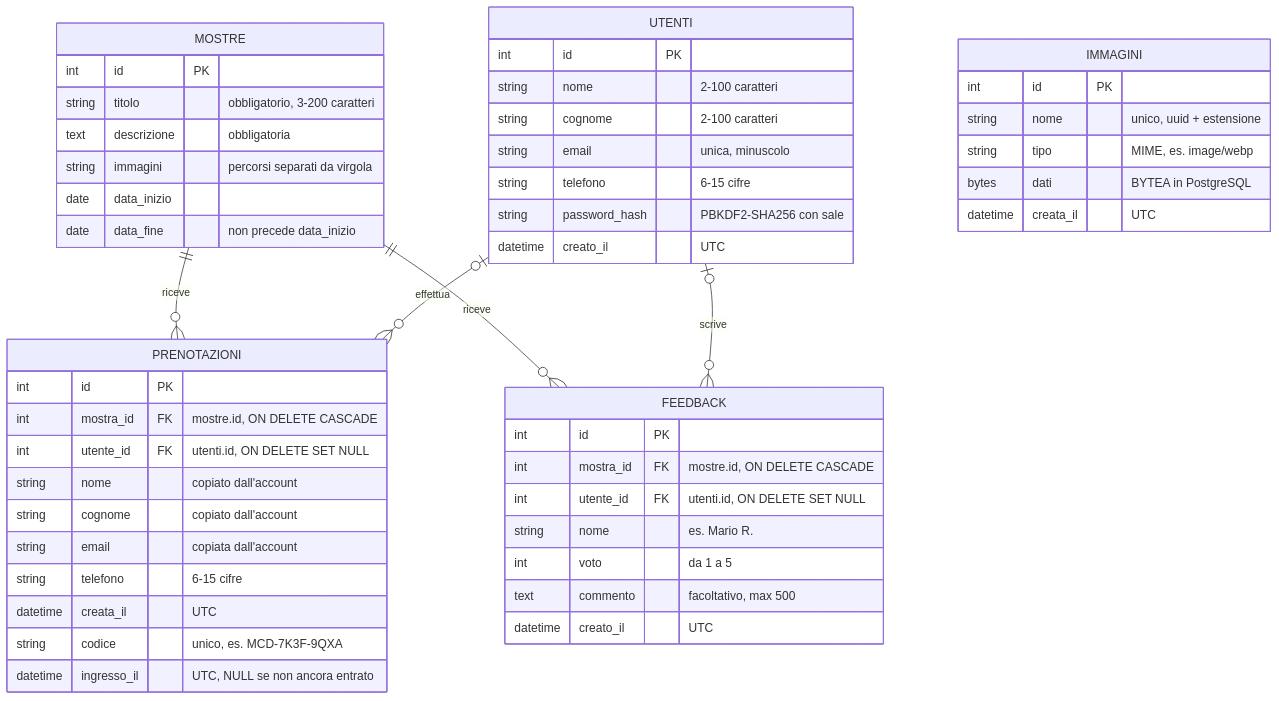
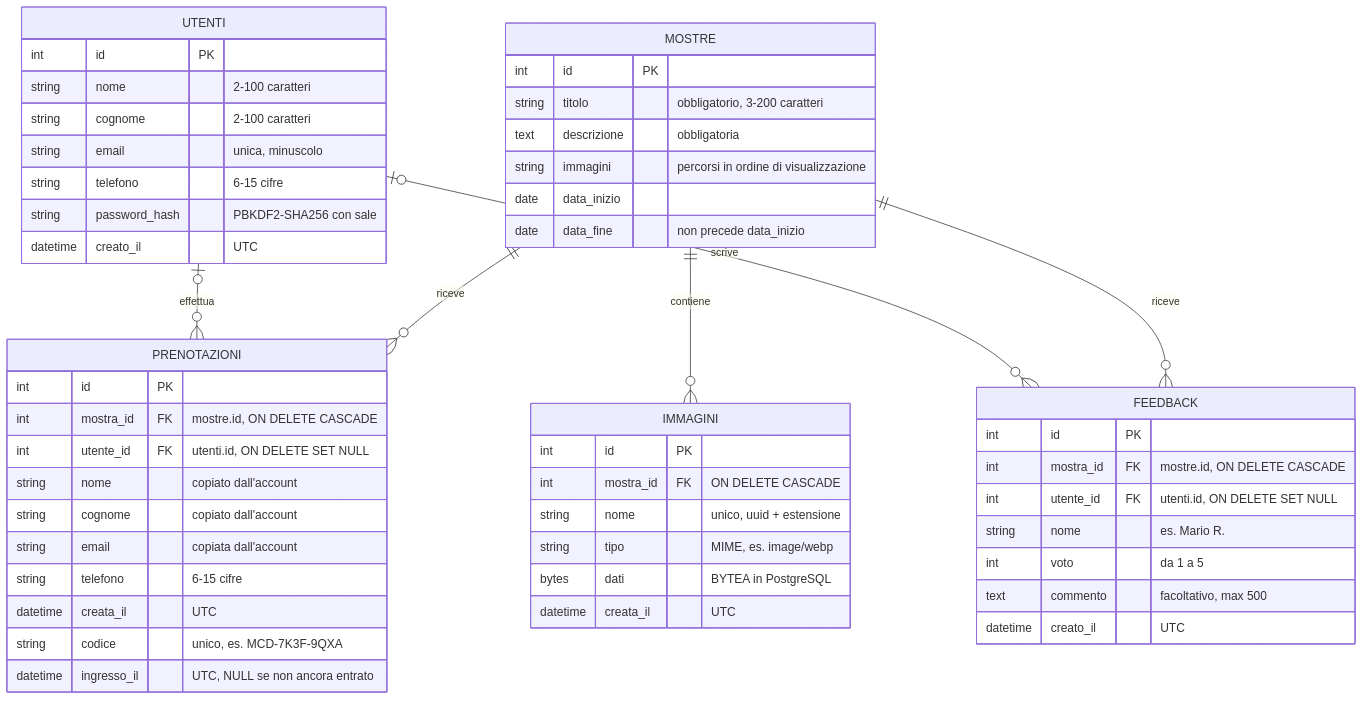
The second of 5 diagrams in docs/guida/architettura.md (reverserob/museo-digitale-pw), drawn with Mermaid before and after one commit. The commit also changed 9 other files, not shown here.

````diff
--- a/docs/guida/architettura.md
+++ b/docs/guida/architettura.md
@@ -102,55 +102,57 @@
 ```mermaid
 erDiagram
     MOSTRE ||--o{ PRENOTAZIONI : "riceve"
     MOSTRE ||--o{ FEEDBACK : "riceve"
+    MOSTRE ||--o{ IMMAGINI : "contiene"
     UTENTI |o--o{ PRENOTAZIONI : "effettua"
     UTENTI |o--o{ FEEDBACK : "scrive"
 
     IMMAGINI {
         int id PK
+        int mostra_id FK "ON DELETE CASCADE"
         string nome "unico, uuid + estensione"
         string tipo "MIME, es. image/webp"
         bytes dati "BYTEA in PostgreSQL"
         datetime creata_il "UTC"
     }
 
     UTENTI {
         int id PK
         string nome "2-100 caratteri"
         string cognome "2-100 caratteri"
         string email "unica, minuscolo"
         string telefono "6-15 cifre"
         string password_hash "PBKDF2-SHA256 con sale"
         datetime creato_il "UTC"
     }
 
     MOSTRE {
         int id PK
         string titolo "obbligatorio, 3-200 caratteri"
         text descrizione "obbligatoria"
-        string immagini "percorsi separati da virgola"
+        string immagini "percorsi in ordine di visualizzazione"
         date data_inizio
         date data_fine "non precede data_inizio"
     }
     PRENOTAZIONI {
         int id PK
         int mostra_id FK "mostre.id, ON DELETE CASCADE"
         int utente_id FK "utenti.id, ON DELETE SET NULL"
         string nome "copiato dall'account"
         string cognome "copiato dall'account"
         string email "copiata dall'account"
         string telefono "6-15 cifre"
         datetime creata_il "UTC"
         string codice "unico, es. MCD-7K3F-9QXA"
         datetime ingresso_il "UTC, NULL se non ancora entrato"
     }
     FEEDBACK {
         int id PK
         int mostra_id FK "mostre.id, ON DELETE CASCADE"
         int utente_id FK "utenti.id, ON DELETE SET NULL"
         string nome "es. Mario R."
         int voto "da 1 a 5"
         text commento "facoltativo, max 500"
         datetime creato_il "UTC"
     }
 ```
````
